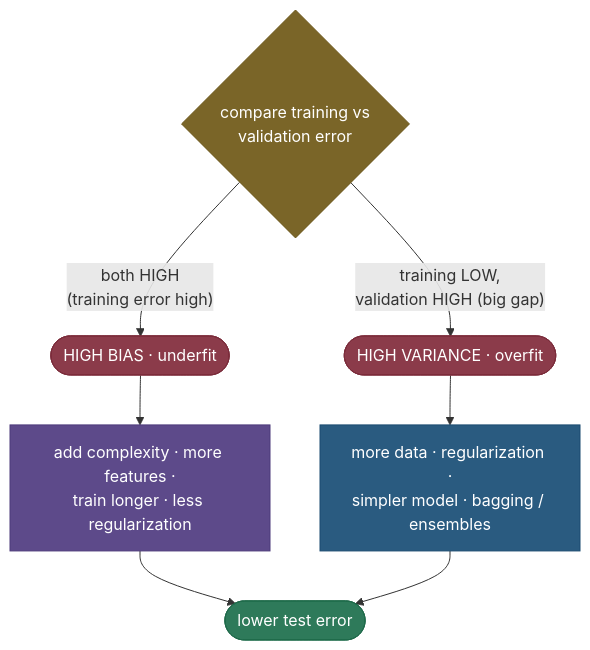
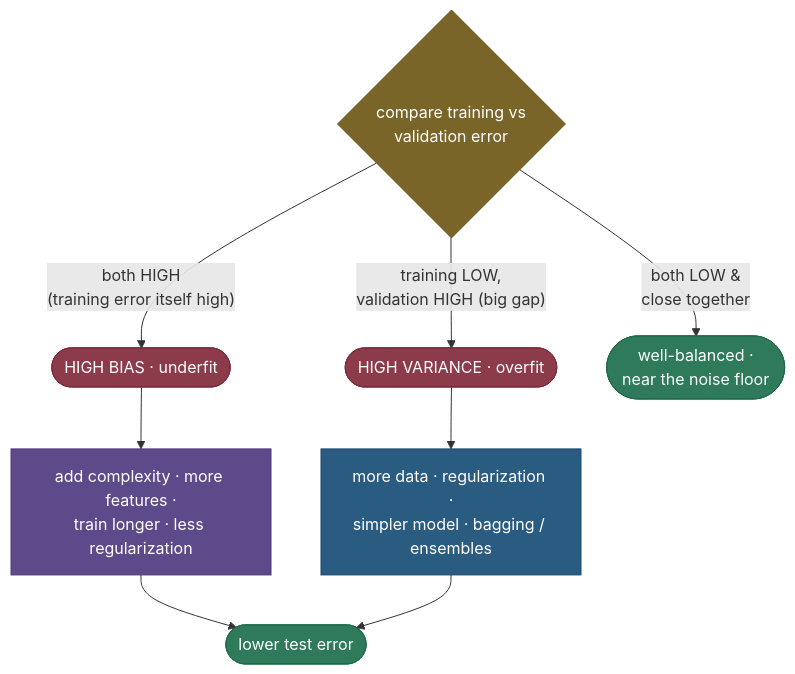
Before and after one commit to sudhir13s/AI-ML-learning-resources: the diagram in 03. Supervised_Learning/concepts/12-Bias-Variance-Tradeoff.md, drawn with Mermaid. The commit also changed other lines of this file and 4 other files, not shown here.

````diff
--- a/03. Supervised_Learning/concepts/12-Bias-Variance-Tradeoff.md
+++ b/03. Supervised_Learning/concepts/12-Bias-Variance-Tradeoff.md
@@ -75,16 +208,17 @@
 ```mermaid
 graph TD
     S{"compare training vs<br/>validation error"}:::amber
-    S -->|"both HIGH<br/>(training error high)"| B(["HIGH BIAS · underfit"]):::danger
+    S -->|"both HIGH<br/>(training error itself high)"| B(["HIGH BIAS · underfit"]):::danger
     S -->|"training LOW,<br/>validation HIGH (big gap)"| V(["HIGH VARIANCE · overfit"]):::danger
+    S -->|"both LOW &<br/>close together"| OK(["well-balanced ·<br/>near the noise floor"]):::out
     B --> BF["add complexity · more features ·<br/>train longer · less regularization"]:::process
     V --> VF["more data · regularization ·<br/>simpler model · bagging / ensembles"]:::navy
     BF --> G(["lower test error"]):::out
     VF --> G
 
     classDef amber fill:#7A6528,stroke:#6A5518,color:#fff
     classDef danger fill:#8B3B4A,stroke:#7B2B3A,color:#fff
     classDef process fill:#5D4A8A,stroke:#4D3A7A,color:#fff
     classDef navy fill:#2A5B80,stroke:#1A4B70,color:#fff
     classDef out fill:#2E7A5A,stroke:#1E6A4A,color:#fff
 ```
````
